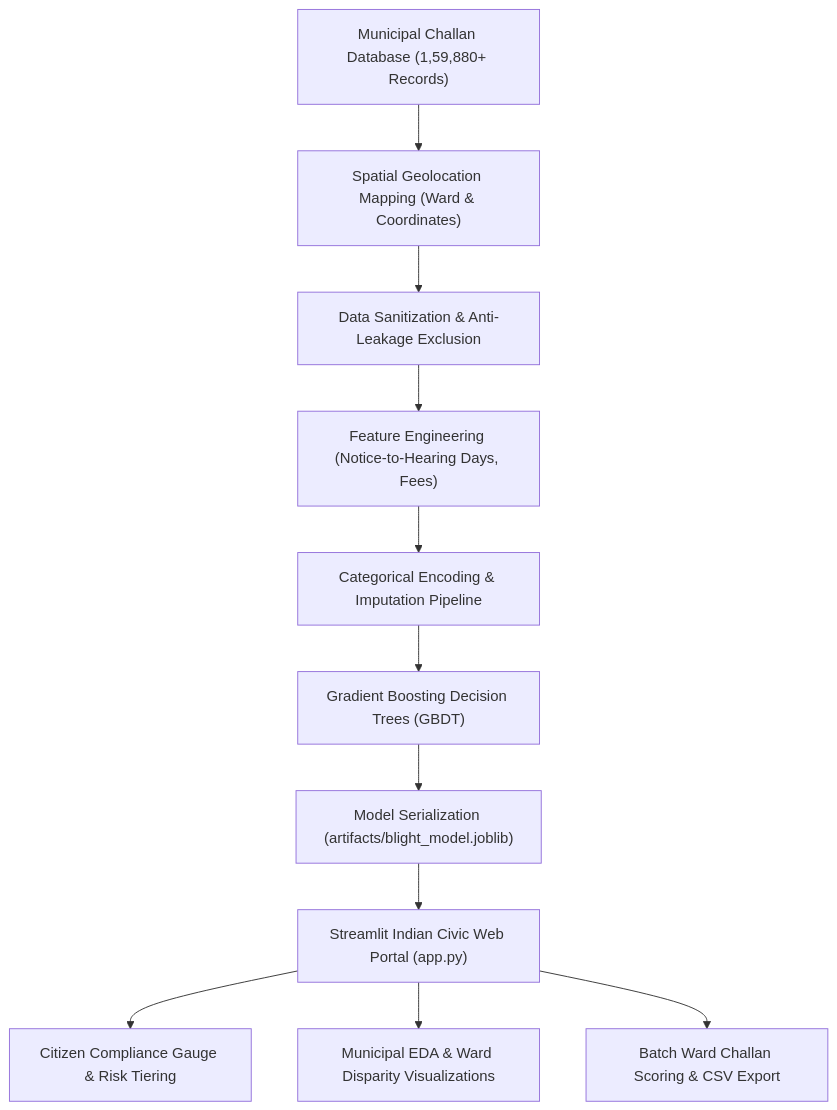
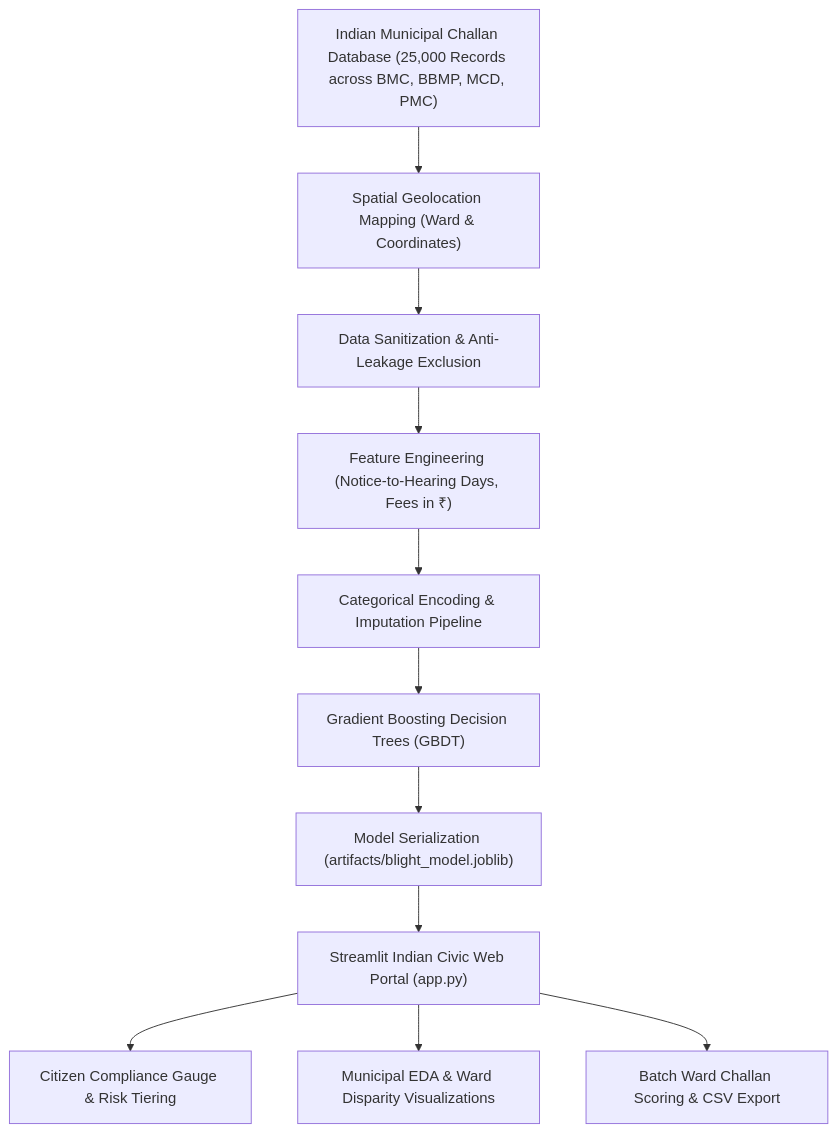
The diagram in README.md (krbugde/Smart-Nagar-Nigam-Civic-Challan-AI), drawn with Mermaid before and after one commit. The commit also changed other lines of this file and 1 other file, not shown here.

Commit message:
Update Academic Microproject Report to incorporate 25,000 Indian dataset

````diff
--- a/README.md
+++ b/README.md
@@ -31,13 +31,13 @@
 ```mermaid
 flowchart TD
-    A["Municipal Challan Database (1,59,880+ Records)"] --> B["Spatial Geolocation Mapping (Ward & Coordinates)"]
+    A["Indian Municipal Challan Database (25,000 Records across BMC, BBMP, MCD, PMC)"] --> B["Spatial Geolocation Mapping (Ward & Coordinates)"]
     B --> C["Data Sanitization & Anti-Leakage Exclusion"]
-    C --> D["Feature Engineering (Notice-to-Hearing Days, Fees)"]
+    C --> D["Feature Engineering (Notice-to-Hearing Days, Fees in ₹)"]
     D --> E["Categorical Encoding & Imputation Pipeline"]
     E --> F["Gradient Boosting Decision Trees (GBDT)"]
     F --> G["Model Serialization (artifacts/blight_model.joblib)"]
     G --> H["Streamlit Indian Civic Web Portal (app.py)"]
     H --> I["Citizen Compliance Gauge & Risk Tiering"]
     H --> J["Municipal EDA & Ward Disparity Visualizations"]
     H --> K["Batch Ward Challan Scoring & CSV Export"]
 ```
````
